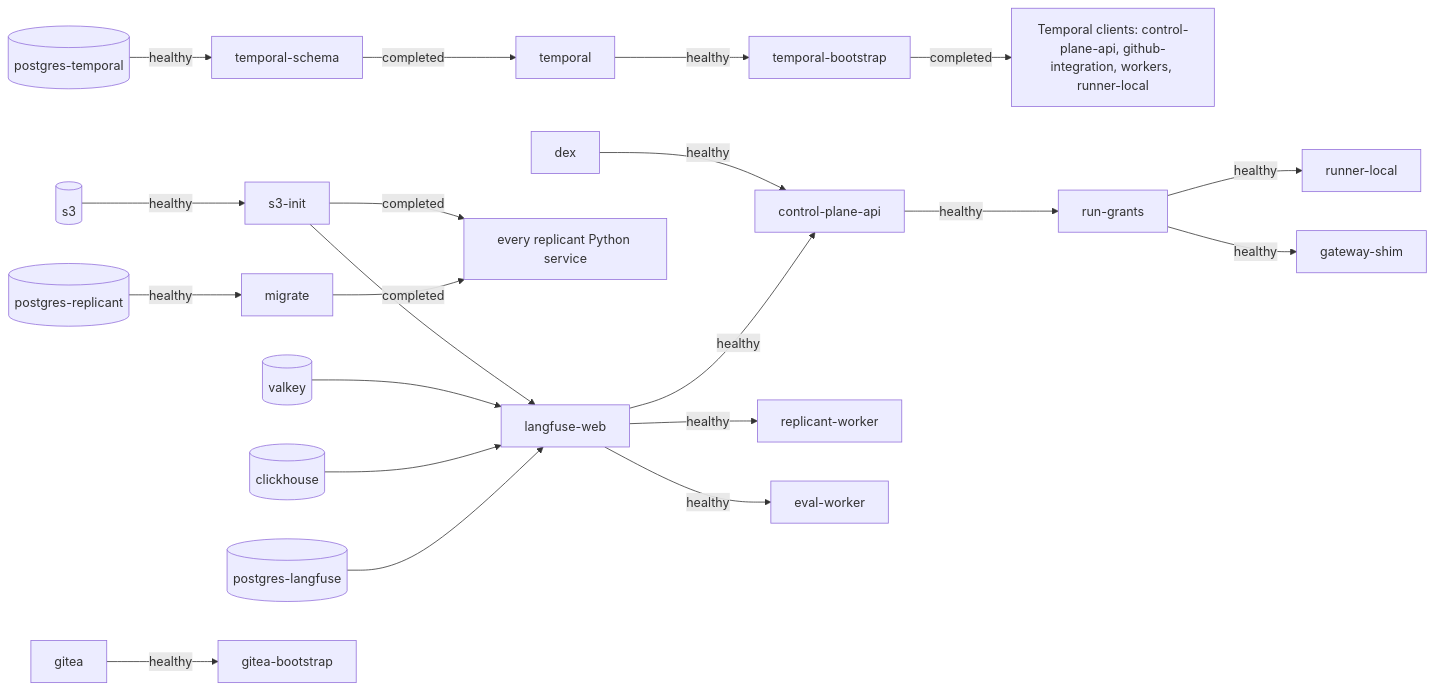
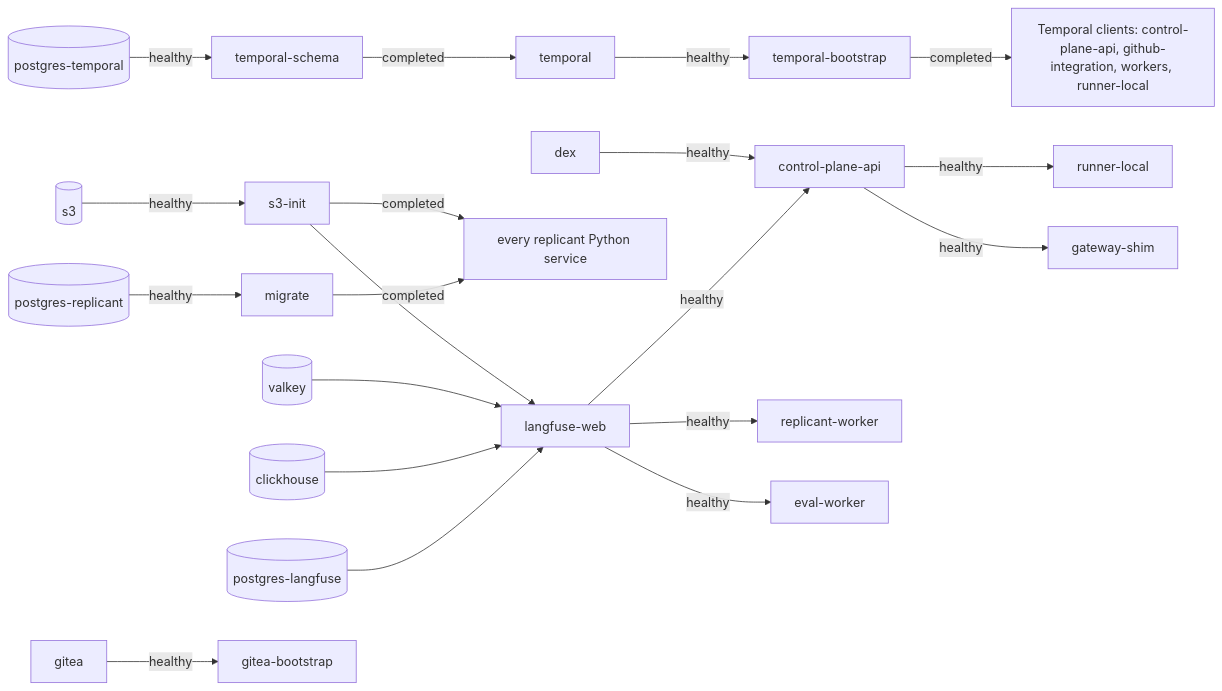
One commit to ryanpflynn/replicant changed the second of 2 diagrams in spec/11-local-dev/stack.md. Above: the diagram before and after it, drawn with Mermaid. The commit also changed other lines of this file and 199 other files, not shown here.

````diff
--- a/spec/11-local-dev/stack.md
+++ b/spec/11-local-dev/stack.md
@@ -205,14 +223,14 @@
 ```mermaid
 flowchart LR
   PGF[(postgres-replicant)] -->|healthy| MIG[migrate]
   PGT[(postgres-temporal)] -->|healthy| TS[temporal-schema] -->|completed| T[temporal] -->|healthy| TB[temporal-bootstrap]
   S3[(s3)] -->|healthy| S3I[s3-init]
   PGL[(postgres-langfuse)] & CH[(clickhouse)] & VK[(valkey)] & S3I --> LFW[langfuse-web]
   GT[gitea] -->|healthy| GB[gitea-bootstrap]
   MIG -->|completed| SVC["every replicant Python service"]
   S3I -->|completed| SVC
   TB -->|completed| TSVC["Temporal clients: control-plane-api, github-integration, workers, runner-local"]
-  CPA -->|healthy| RG[run-grants] -->|healthy| RLS[runner-local] & SHIM[gateway-shim]
+  CPA -->|healthy| RLS[runner-local] & SHIM[gateway-shim]
   LFW -->|healthy| CPA[control-plane-api] & FW[replicant-worker] & EVW[eval-worker]
   DEX[dex] -->|healthy| CPA
 ```
````
